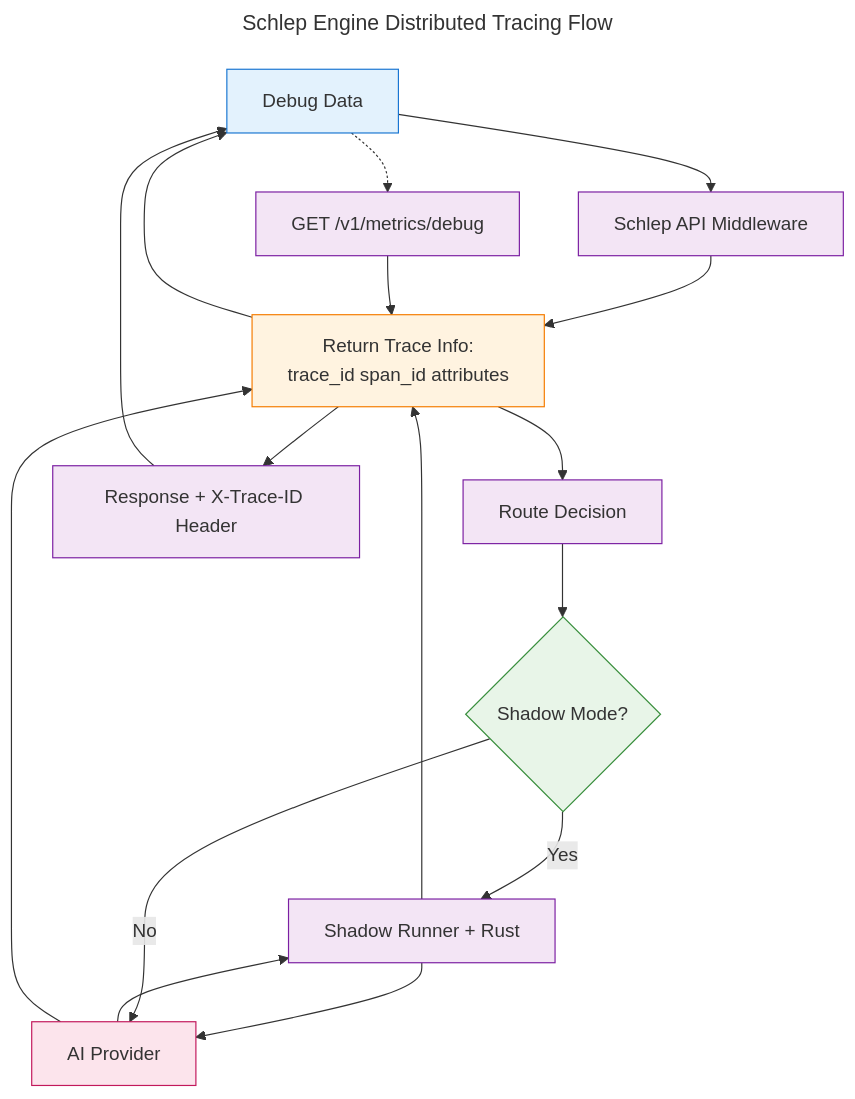
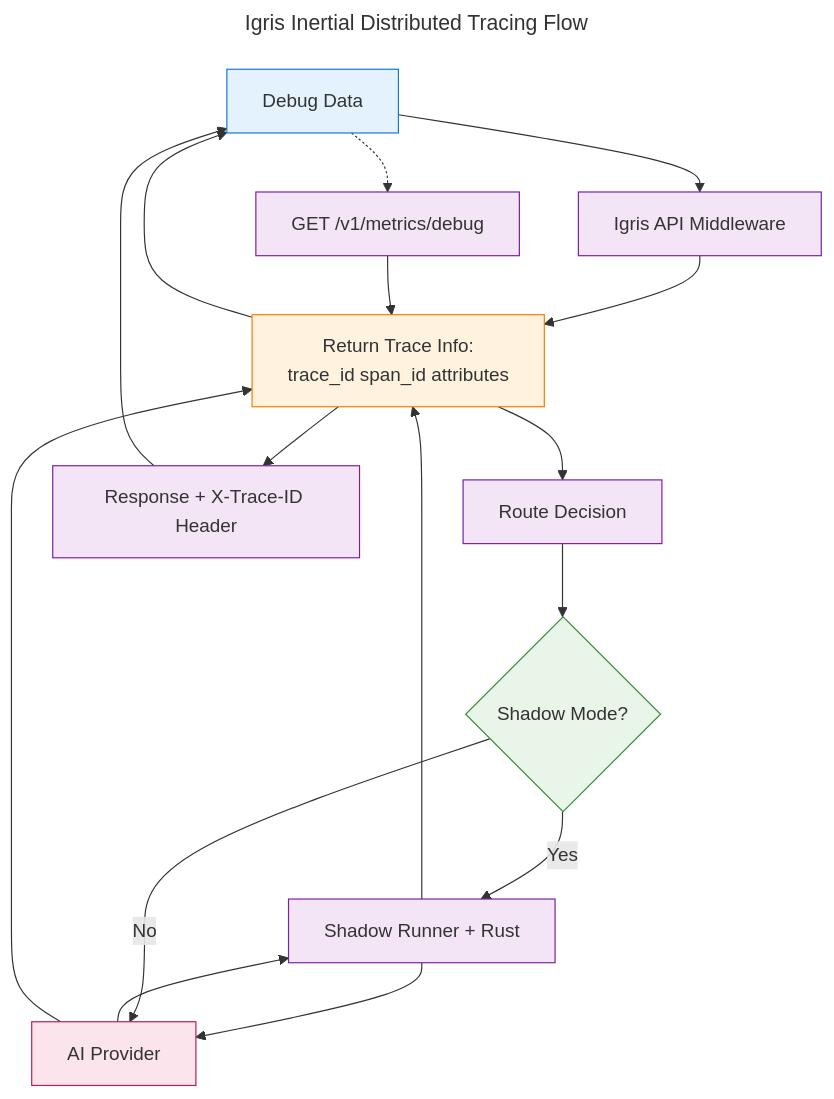
The diagram in docs_int/diagrams/distributed-tracing.mmd (rapture-fx/igris), drawn with Mermaid before and after one commit. The commit also changed 681 other files, not shown here.

```diff
--- a/docs_int/diagrams/distributed-tracing.mmd
+++ b/docs_int/diagrams/distributed-tracing.mmd
@@ -1,45 +1,45 @@
 ---
-title: Schlep Engine Distributed Tracing Flow
+title: Igris Inertial Distributed Tracing Flow
 ---
 
 %% Simplified Distributed Tracing Architecture
 flowchart TD
-    Client[Client POST /v1/infer] --> API[Schlep API Middleware]
+    Client[Client POST /v1/infer] --> API[Igris API Middleware]
     API --> Tracer[Start Trace<br/>Generate TraceID]
     
     %% Inference Flow  
     Tracer --> Router[Route Decision]
     Router --> Decision{Shadow Mode?}
     
     %% Shadow Path
     Decision -->|Yes| Shadow[Shadow Runner + Rust]
     Shadow --> Provider[AI Provider]
     Provider --> Shadow
     Shadow --> Tracer[Add Span Data:<br/>provider model latency cost]
     
     %% Production Path
     Decision -->|No| Provider
     Provider --> Tracer
     
     %% Response & Debug
     Tracer --> Response[Response + X-Trace-ID Header]
     Response --> Client
     
     %% Debug Query
     Client -.-> Debug["GET /v1/metrics/debug"]
     Debug --> Tracer[Return Trace Info:<br/>trace_id span_id attributes]
     Tracer --> Client[Debug Data]
     
     %% Styling
     classDef client fill:#e3f2fd,stroke:#1976d2
     classDef node fill:#f3e5f5,stroke:#7b1fa2
     classDef trace fill:#fff3e0,stroke:#f57c00
     classDef decision fill:#e8f5e8,stroke:#388e3c
     classDef provider fill:#fce4ec,stroke:#c2185b
     
     class Client client
     class API,Router,Shadow,Response,Debug node
     class Tracer trace
     class Decision decision
     class Provider provider
     class Auth node
```
